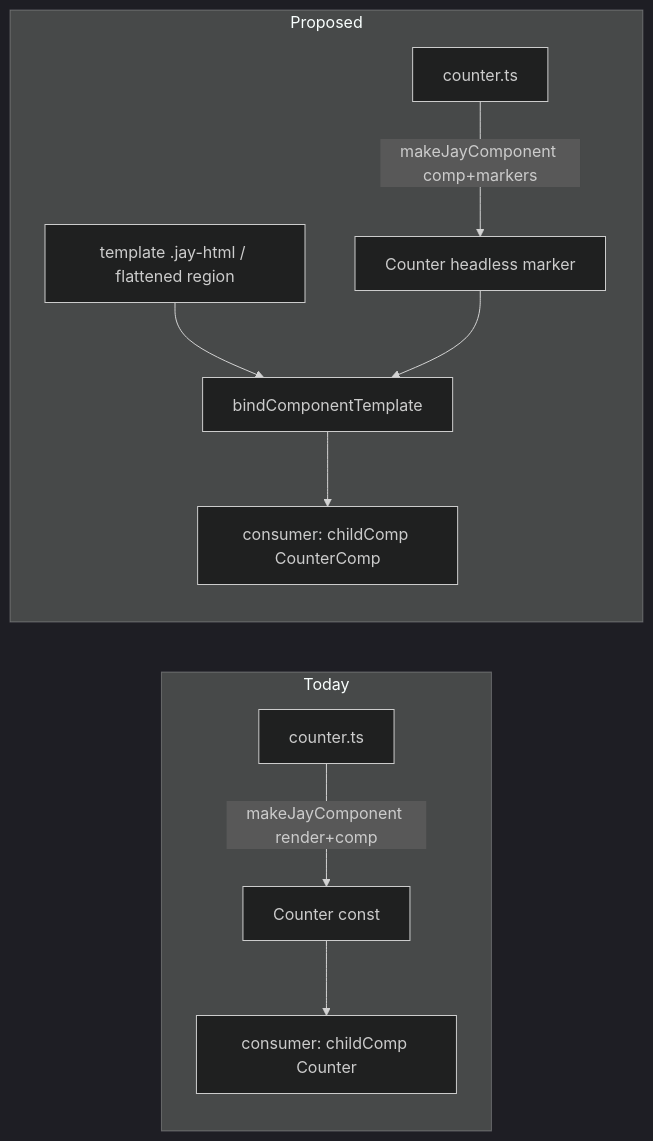
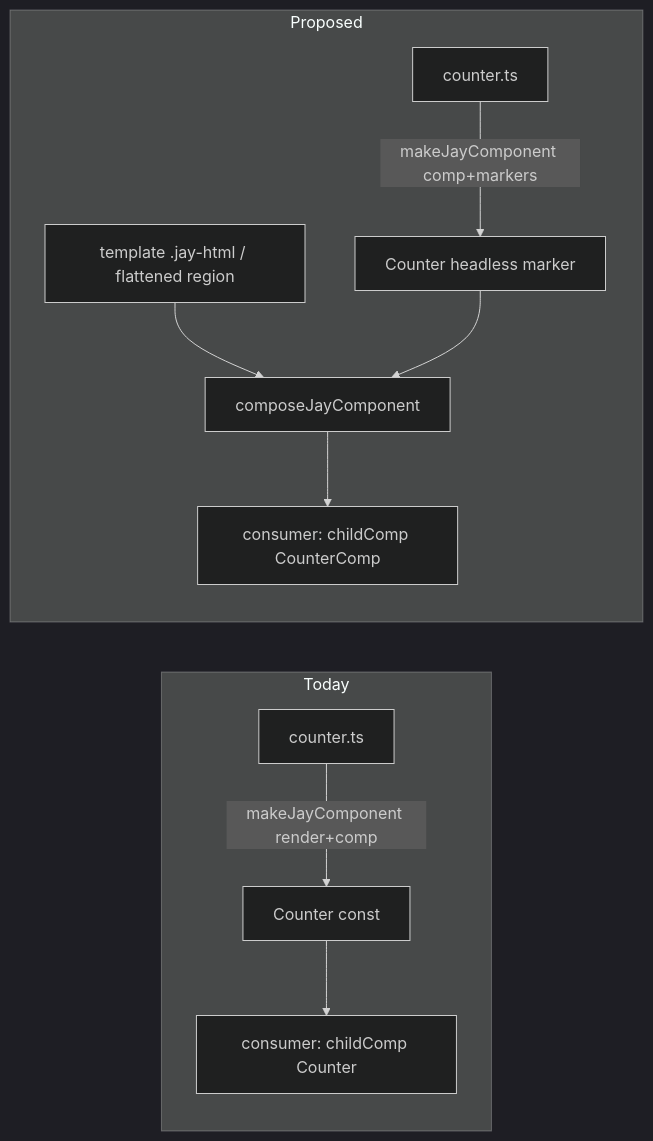
One commit to jay-framework/jay changed the diagram in design-log/197 - makeJayComponent as a headless component.md. Above: the diagram before and after it, drawn with Mermaid (dark theme). The commit also changed other lines of this file and 21 other files, not shown here.

````diff
--- a/design-log/197 - makeJayComponent as a headless component.md
+++ b/design-log/197 - makeJayComponent as a headless component.md
@@ -204,13 +213,13 @@
 ```mermaid
 graph LR
   subgraph Today
     A[counter.ts] -->|makeJayComponent render+comp| B[Counter const]
     B --> C[consumer: childComp Counter]
   end
   subgraph Proposed
     D[counter.ts] -->|makeJayComponent comp+markers| E[Counter headless marker]
-    F[template .jay-html / flattened region] --> G[bindComponentTemplate]
+    F[template .jay-html / flattened region] --> G[composeJayComponent]
     E --> G
     G --> H[consumer: childComp CounterComp]
   end
 ```
````
